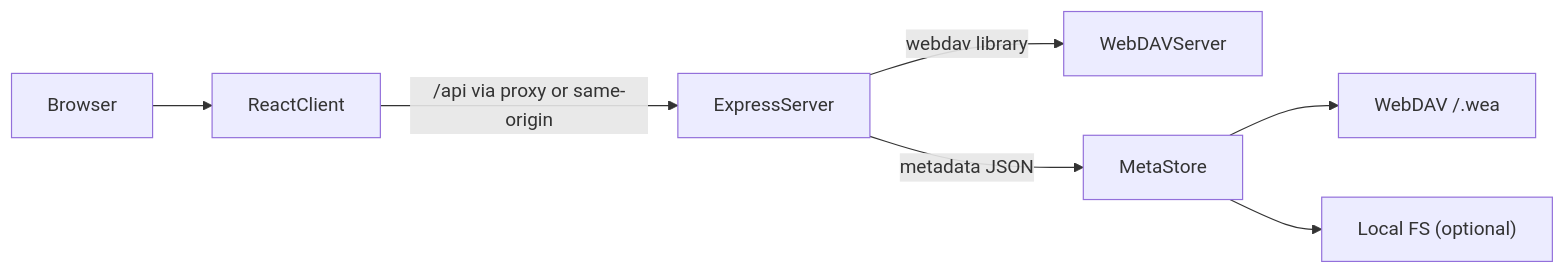
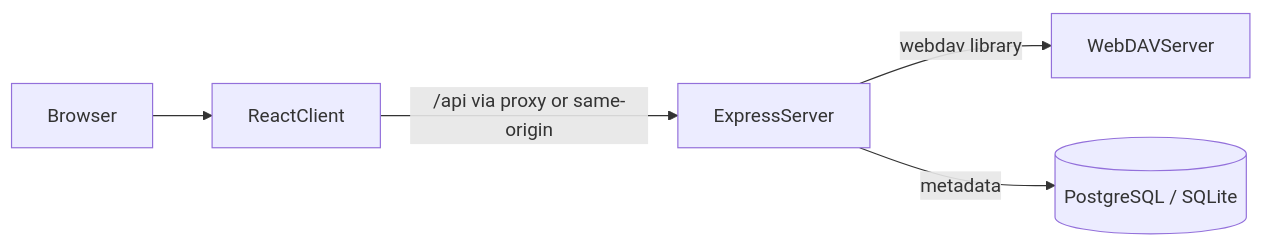
The diagram in README.md (rct3232/webdav-easyaccess), drawn with Mermaid before and after one commit. The commit also changed other lines of this file and 91 other files, not shown here.

````diff
--- a/README.md
+++ b/README.md
@@ -25,9 +25,7 @@
 ```mermaid
 flowchart LR
   Browser --> ReactClient
   ReactClient -->|"/api via proxy or same-origin"| ExpressServer
   ExpressServer -->|"webdav library"| WebDAVServer
-  ExpressServer -->|"metadata JSON"| MetaStore
-  MetaStore --> WebDAVMeta["WebDAV /.wea"]
-  MetaStore --> FSMeta["Local FS (optional)"]
+  ExpressServer -->|"metadata"| MetadataDB[(PostgreSQL / SQLite)]
 ```
````
